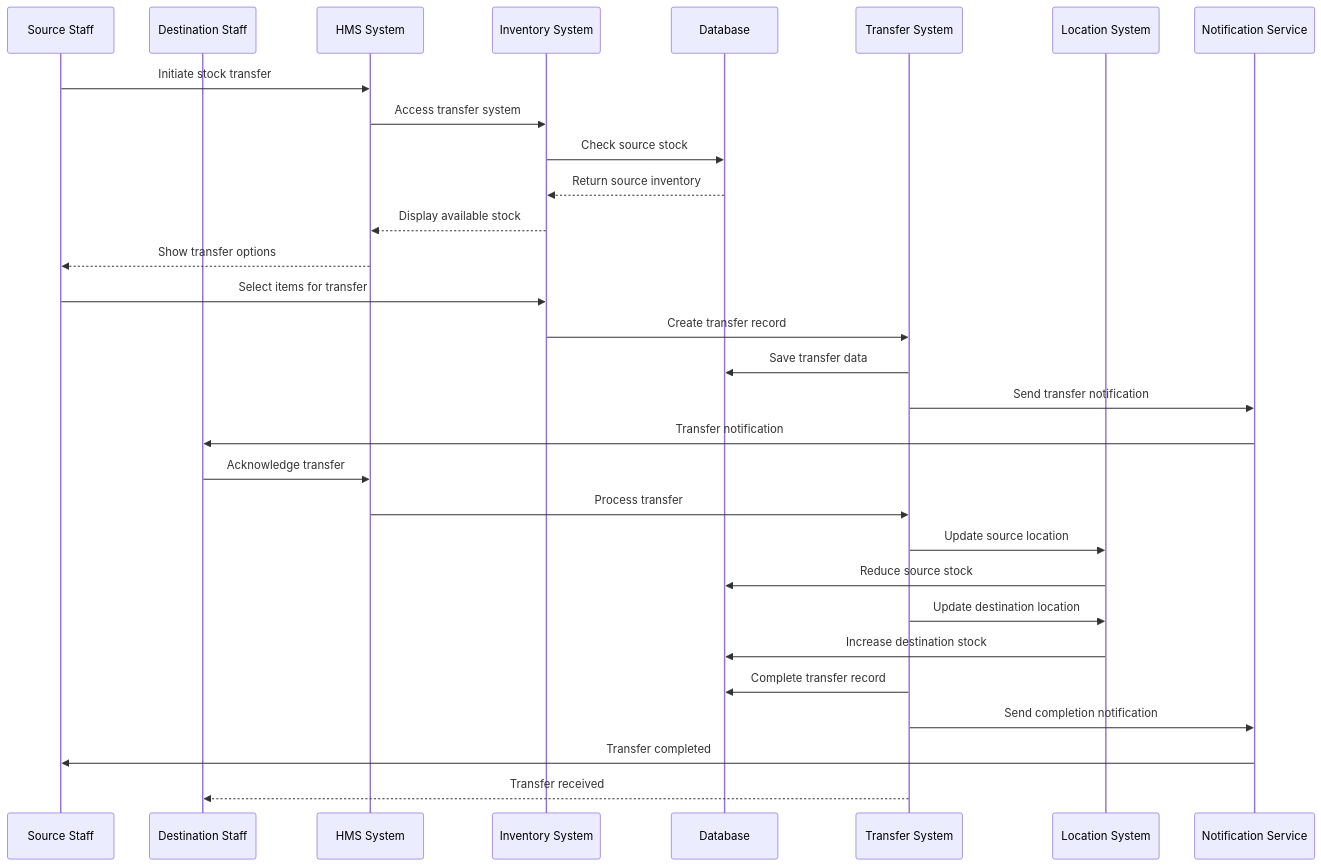
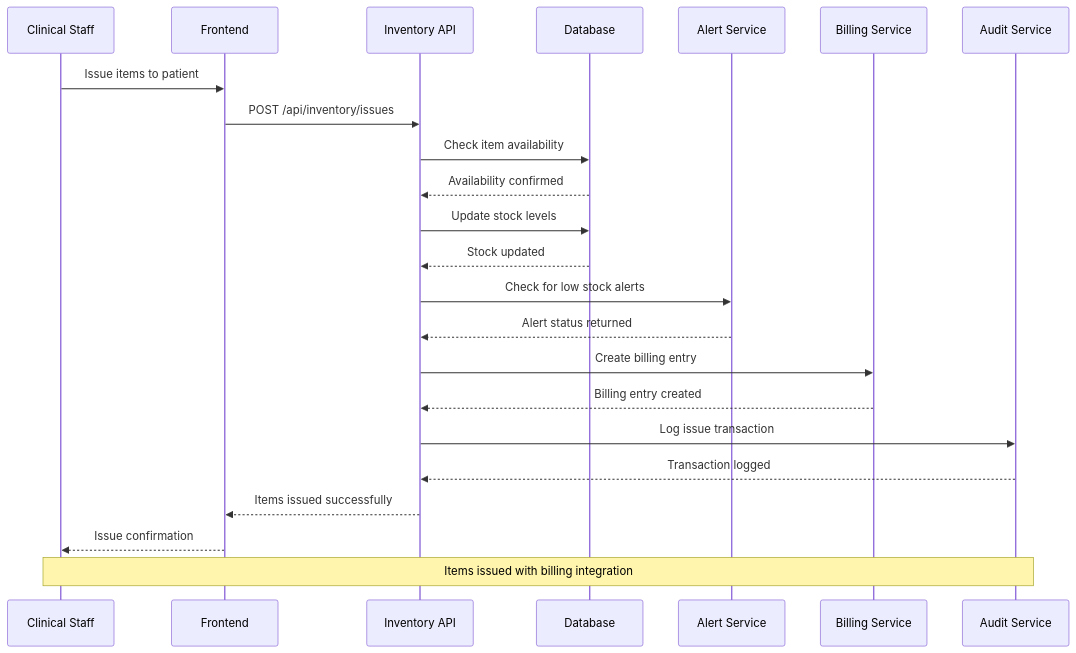
One commit to harcop/limises changed the third of 10 diagrams in sequence-diagrams/inventory-management-sequence.md. Above: the diagram before and after it, drawn with Mermaid. The commit also changed other lines of this file and 6 other files, not shown here.

````diff
--- a/sequence-diagrams/inventory-management-sequence.md
+++ b/sequence-diagrams/inventory-management-sequence.md
@@ -76,33 +73,33 @@
 ```mermaid
 sequenceDiagram
-    participant STAFF1 as Source Staff
-    participant STAFF2 as Destination Staff
-    participant HMS as HMS System
-    participant INVENTORY as Inventory System
+    participant Staff as Clinical Staff
+    participant Frontend as Frontend
+    participant API as Inventory API
     participant DB as Database
-    participant TRANSFER as Transfer System
-    participant LOCATION as Location System
-    participant NOT as Notification Service
+    participant Alert as Alert Service
+    participant Billing as Billing Service
+    participant Audit as Audit Service
 
-    STAFF1->>HMS: Initiate stock transfer
-    HMS->>INVENTORY: Access transfer system
-    INVENTORY->>DB: Check source stock
-    DB-->>INVENTORY: Return source inventory
-    INVENTORY-->>HMS: Display available stock
-    HMS-->>STAFF1: Show transfer options
-    STAFF1->>INVENTORY: Select items for transfer
-    INVENTORY->>TRANSFER: Create transfer record
-    TRANSFER->>DB: Save transfer data
-    TRANSFER->>NOT: Send transfer notification
-    NOT->>STAFF2: Transfer notification
-    STAFF2->>HMS: Acknowledge transfer
-    HMS->>TRANSFER: Process transfer
-    TRANSFER->>LOCATION: Update source location
-    LOCATION->>DB: Reduce source stock
-    TRANSFER->>LOCATION: Update destination location
-    LOCATION->>DB: Increase destination stock
-    TRANSFER->>DB: Complete transfer record
-    TRANSFER->>NOT: Send completion notification
-    NOT->>STAFF1: Transfer completed
-    TRANSFER-->>STAFF2: Transfer received
+    Staff->>Frontend: Issue items to patient
+    Frontend->>API: POST /api/inventory/issues
+    
+    API->>DB: Check item availability
+    DB-->>API: Availability confirmed
+    
+    API->>DB: Update stock levels
+    DB-->>API: Stock updated
+    
+    API->>Alert: Check for low stock alerts
+    Alert-->>API: Alert status returned
+    
+    API->>Billing: Create billing entry
+    Billing-->>API: Billing entry created
+    
+    API->>Audit: Log issue transaction
+    Audit-->>API: Transaction logged
+    
+    API-->>Frontend: Items issued successfully
+    Frontend-->>Staff: Issue confirmation
+    
+    Note over Staff, Audit: Items issued with billing integration
 ```
````
